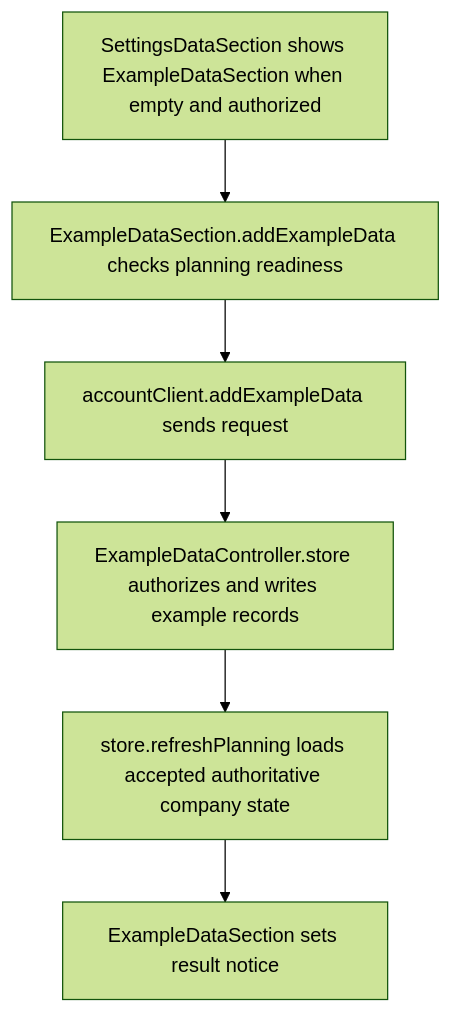
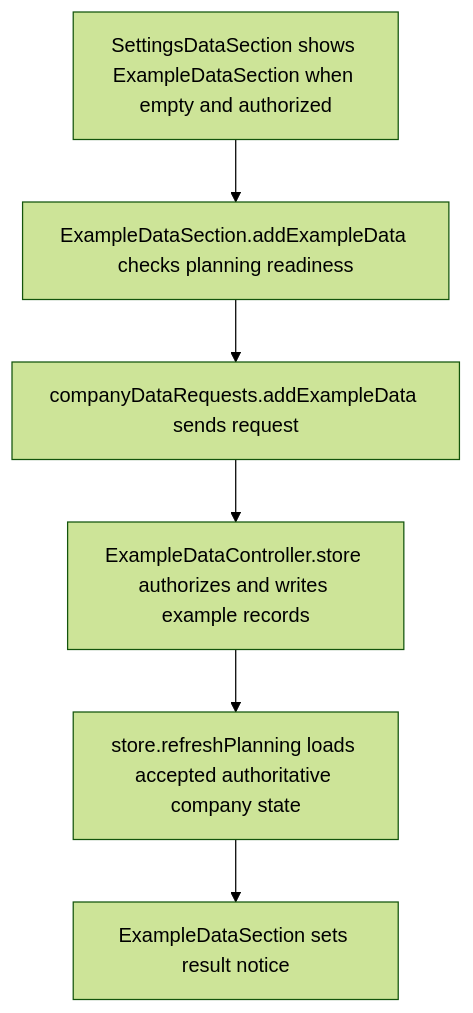
The second of 2 diagrams in user-stories/settings/US-SET-25-example-data.md (Kevinjohn/capacitylens), drawn with Mermaid (forest theme) before and after one commit. The commit also changed other lines of this file and 10 other files, not shown here.

First line of the commit message:
Point user stories at the split account request modules

````diff
--- a/user-stories/settings/US-SET-25-example-data.md
+++ b/user-stories/settings/US-SET-25-example-data.md
@@ -28,8 +28,8 @@
 ```mermaid
 flowchart TD
   view["SettingsDataSection shows ExampleDataSection when empty and authorized"] --> action["ExampleDataSection.addExampleData checks planning readiness"]
-  action --> api["accountClient.addExampleData sends request"]
+  action --> api["companyDataRequests.addExampleData sends request"]
   api --> controller["ExampleDataController.store authorizes and writes example records"]
   controller --> refresh["store.refreshPlanning loads accepted authoritative company state"]
   refresh --> notice["ExampleDataSection sets result notice"]
 ```
````
